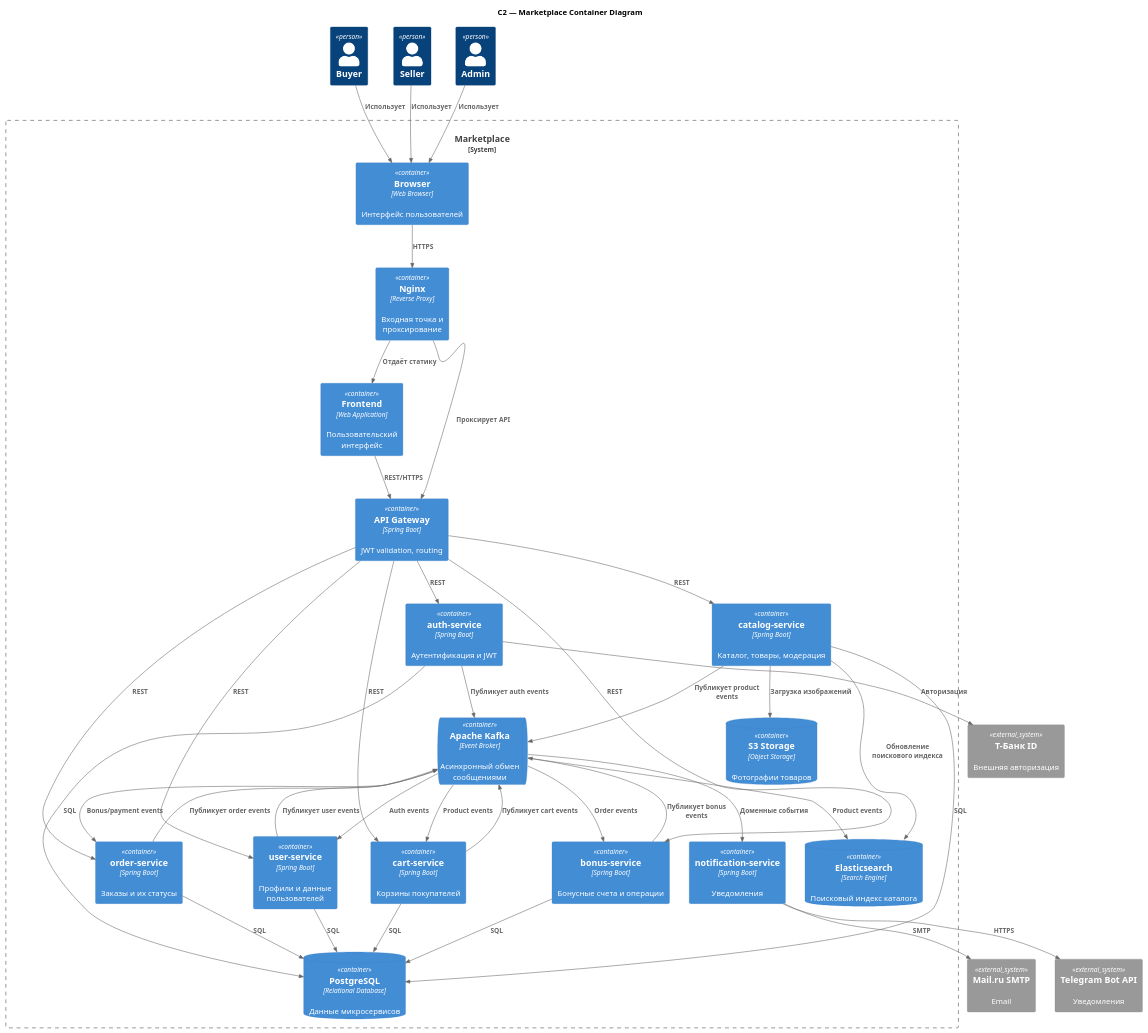
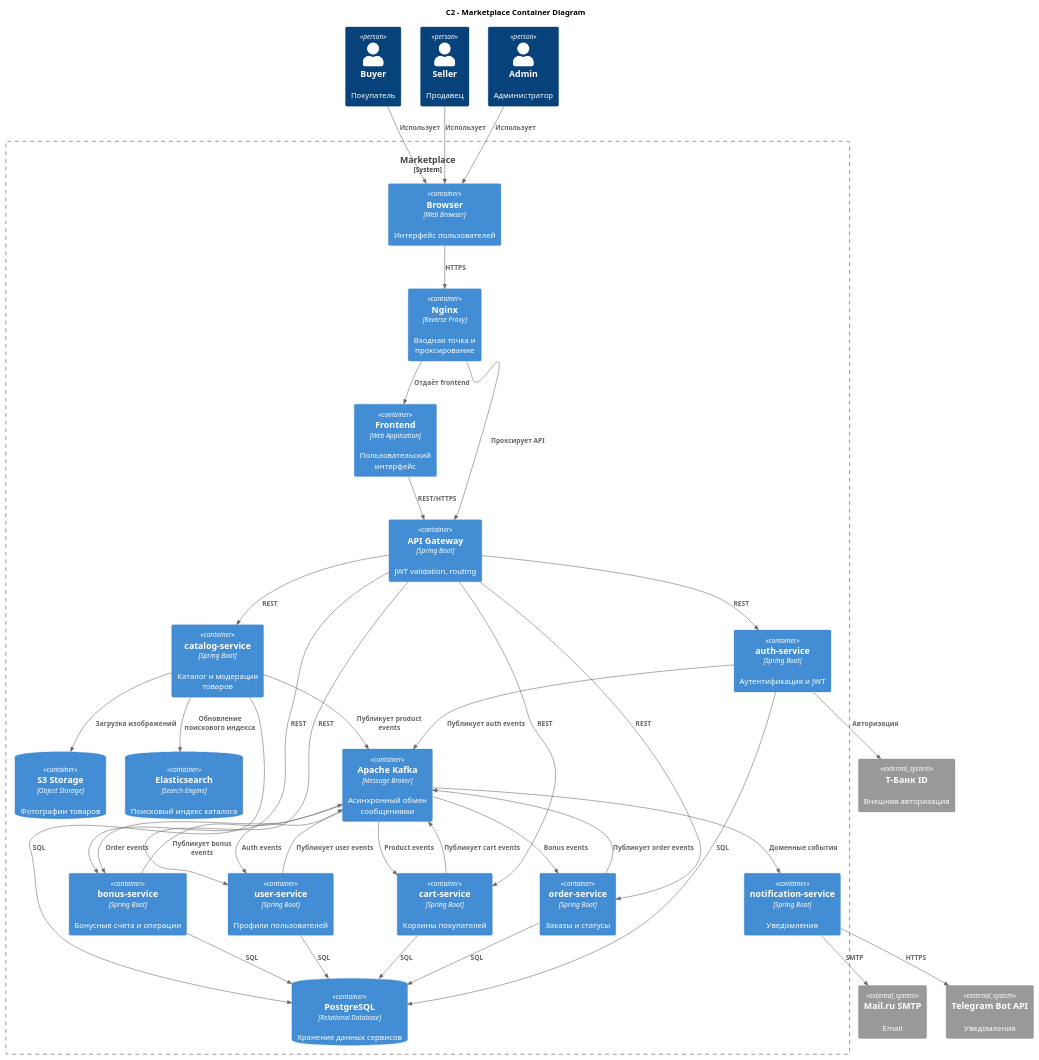
Before and after one commit to iivanov627/TMarketplace: the diagram in docs/architecture/c2-containers.puml, drawn with PlantUML.

Commit message:
fixing c2 syntax error

```diff
--- a/docs/architecture/c2-containers.puml
+++ b/docs/architecture/c2-containers.puml
@@ -2,80 +2,78 @@
 @startuml c2-containers
 !include https://raw.githubusercontent.com/plantuml-stdlib/C4-PlantUML/master/C4_Container.puml
 
-title C2 — Marketplace Container Diagram
+title C2 - Marketplace Container Diagram
 
-Person(buyer, "Buyer")
-Person(seller, "Seller")
-Person(admin, "Admin")
+Person(buyer, "Buyer", "Покупатель")
+Person(seller, "Seller", "Продавец")
+Person(admin, "Admin", "Администратор")
 
 System_Boundary(mp, "Marketplace") {
 
     Container(browser, "Browser", "Web Browser", "Интерфейс пользователей")
     Container(nginx, "Nginx", "Reverse Proxy", "Входная точка и проксирование")
-
     Container(frontend, "Frontend", "Web Application", "Пользовательский интерфейс")
     Container(gateway, "API Gateway", "Spring Boot", "JWT validation, routing")
 
     Container(auth, "auth-service", "Spring Boot", "Аутентификация и JWT")
-    Container(user, "user-service", "Spring Boot", "Профили и данные пользователей")
-    Container(catalog, "catalog-service", "Spring Boot", "Каталог, товары, модерация")
+    Container(user, "user-service", "Spring Boot", "Профили пользователей")
+    Container(catalog, "catalog-service", "Spring Boot", "Каталог и модерация товаров")
     Container(cart, "cart-service", "Spring Boot", "Корзины покупателей")
-    Container(order, "order-service", "Spring Boot", "Заказы и их статусы")
+    Container(order, "order-service", "Spring Boot", "Заказы и статусы")
     Container(bonus, "bonus-service", "Spring Boot", "Бонусные счета и операции")
     Container(notify, "notification-service", "Spring Boot", "Уведомления")
 
-    ContainerDb(postgres, "PostgreSQL", "Relational Database", "Данные микросервисов")
-    ContainerQueue(kafka, "Apache Kafka", "Event Broker", "Асинхронный обмен сообщениями")
+    ContainerDb(postgres, "PostgreSQL", "Relational Database", "Хранение данных сервисов")
+    Container(kafka, "Apache Kafka", "Message Broker", "Асинхронный обмен сообщениями")
     ContainerDb(s3, "S3 Storage", "Object Storage", "Фотографии товаров")
     ContainerDb(es, "Elasticsearch", "Search Engine", "Поисковый индекс каталога")
 }
 
 System_Ext(tbank, "Т-Банк ID", "Внешняя авторизация")
 System_Ext(mail, "Mail.ru SMTP", "Email")
 System_Ext(telegram, "Telegram Bot API", "Уведомления")
 
 Rel(buyer, browser, "Использует")
 Rel(seller, browser, "Использует")
 Rel(admin, browser, "Использует")
 
 Rel(browser, nginx, "HTTPS")
-Rel(nginx, frontend, "Отдаёт статику")
+Rel(nginx, frontend, "Отдаёт frontend")
 Rel(nginx, gateway, "Проксирует API")
 Rel(frontend, gateway, "REST/HTTPS")
 
 Rel(gateway, auth, "REST")
 Rel(gateway, user, "REST")
 Rel(gateway, catalog, "REST")
 Rel(gateway, cart, "REST")
 Rel(gateway, order, "REST")
 Rel(gateway, bonus, "REST")
 
 Rel(auth, postgres, "SQL")
 Rel(user, postgres, "SQL")
 Rel(catalog, postgres, "SQL")
 Rel(cart, postgres, "SQL")
 Rel(order, postgres, "SQL")
 Rel(bonus, postgres, "SQL")
 
 Rel(catalog, s3, "Загрузка изображений")
 Rel(catalog, es, "Обновление поискового индекса")
 
 Rel(auth, tbank, "Авторизация")
 Rel(notify, mail, "SMTP")
 Rel(notify, telegram, "HTTPS")
 
 Rel(auth, kafka, "Публикует auth events")
 Rel(user, kafka, "Публикует user events")
 Rel(catalog, kafka, "Публикует product events")
 Rel(cart, kafka, "Публикует cart events")
 Rel(order, kafka, "Публикует order events")
 Rel(bonus, kafka, "Публикует bonus events")
 
 Rel(kafka, user, "Auth events")
 Rel(kafka, cart, "Product events")
-Rel(kafka, order, "Bonus/payment events")
+Rel(kafka, order, "Bonus events")
 Rel(kafka, bonus, "Order events")
 Rel(kafka, notify, "Доменные события")
-Rel(kafka, es, "Product events")
 
 @enduml
```
